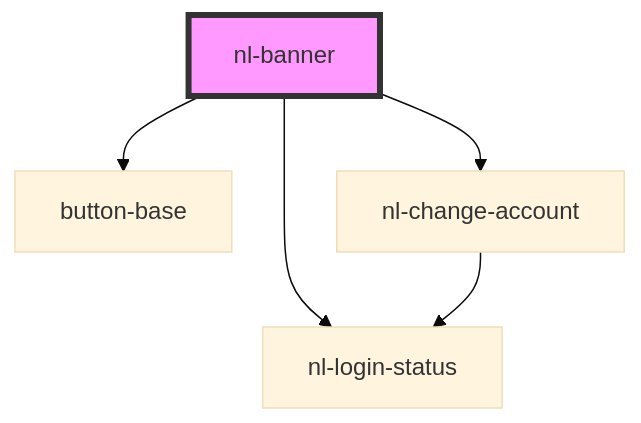
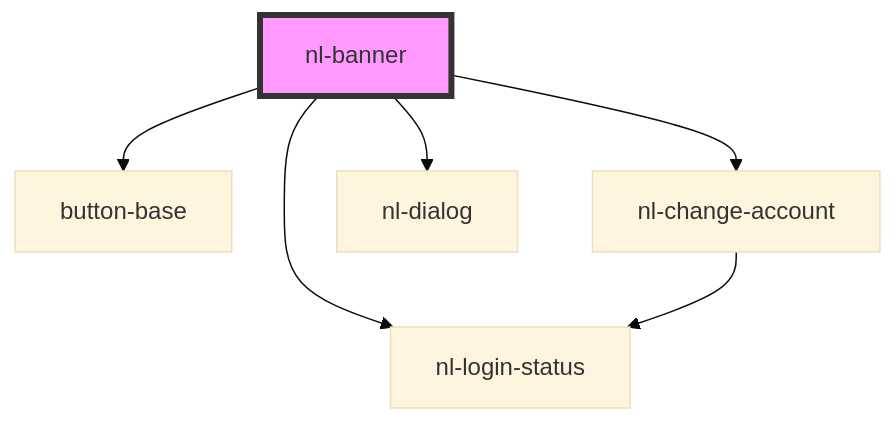
The diagram in packages/components/src/components/nl-banner/readme.md (nostrband/nostr-login), drawn with Mermaid (base theme) before and after one commit. The commit also changed other lines of this file and 6 other files, not shown here.

````diff
--- a/packages/components/src/components/nl-banner/readme.md
+++ b/packages/components/src/components/nl-banner/readme.md
@@ -45,8 +46,9 @@
 ```mermaid
 graph TD;
   nl-banner --> nl-login-status
   nl-banner --> button-base
   nl-banner --> nl-change-account
+  nl-banner --> nl-dialog
   nl-change-account --> nl-login-status
   style nl-banner fill:#f9f,stroke:#333,stroke-width:4px
 ```
````
